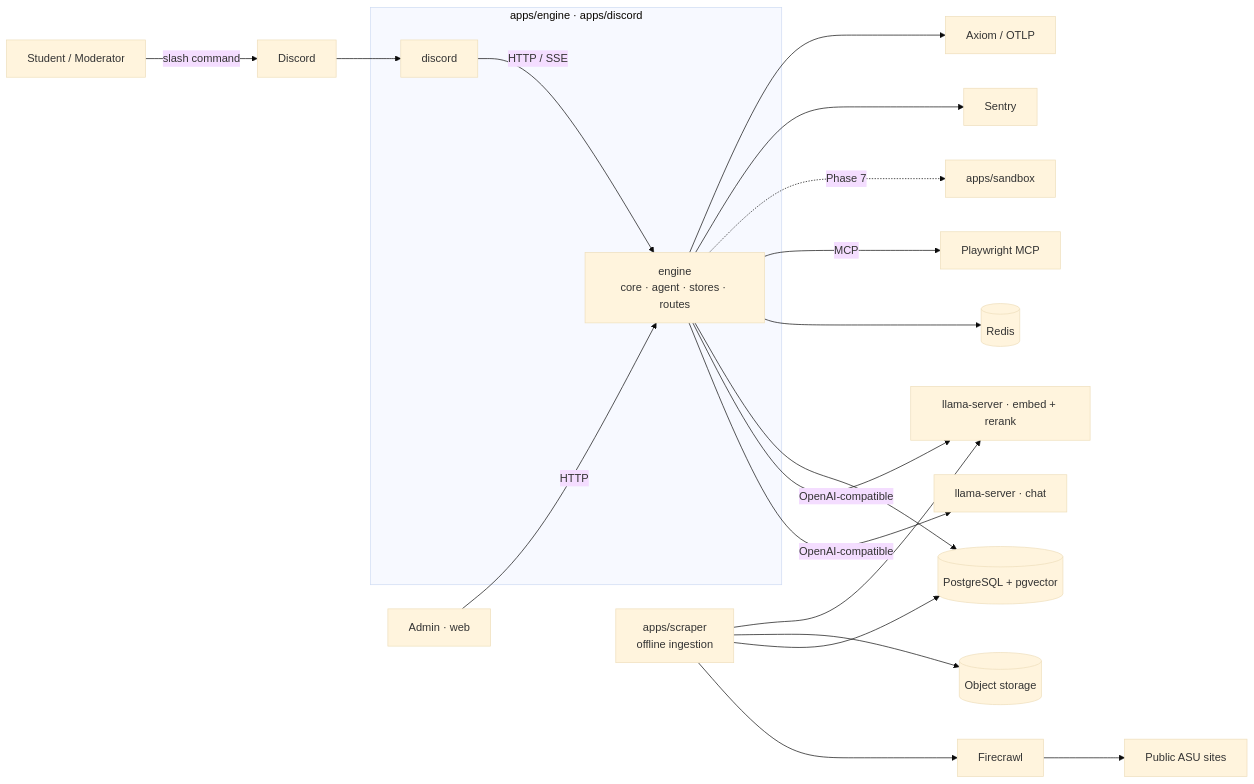
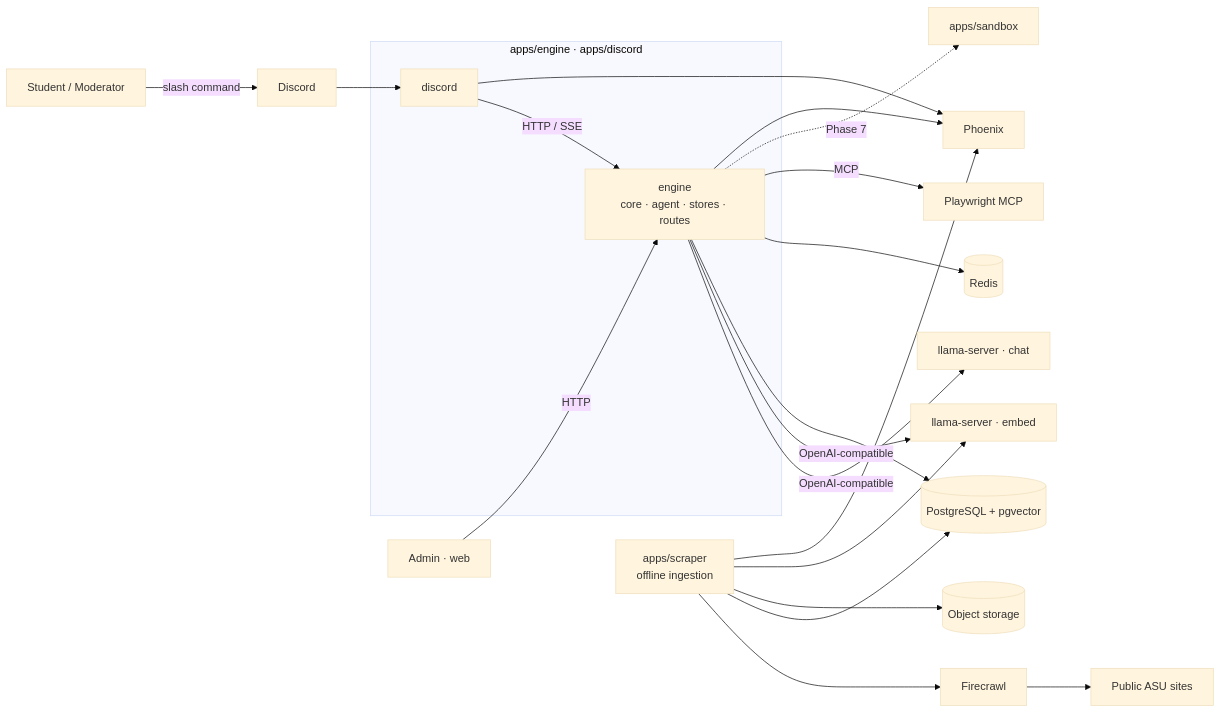
The diagram in docs/ARCHITECTURE.md (ashworks1706/SparkyAI), drawn with Mermaid (base theme) before and after one commit. The commit also changed other lines of this file and 30 other files, not shown here.

````diff
--- a/docs/ARCHITECTURE.md
+++ b/docs/ARCHITECTURE.md
@@ -76,28 +75,29 @@
 ```mermaid
 flowchart LR
     U[Student / Moderator] -->|slash command| D[Discord]
     A[Admin · web] -->|HTTP| APP
 
     subgraph rust [apps/engine · apps/discord]
         BOT[discord]
         APP[engine<br/>core · agent · stores · routes]
     end
     D --> BOT
     BOT -->|HTTP / SSE| APP
 
     APP -->|OpenAI-compatible| OLL[llama-server · chat]
-    APP -->|OpenAI-compatible| EMB[llama-server · embed + rerank]
+    APP -->|OpenAI-compatible| EMB[llama-server · embed]
     APP --> PG[(PostgreSQL + pgvector)]
     APP --> RD[(Redis)]
     APP -->|MCP| MCP[Playwright MCP]
     APP -.->|Phase 7| BW[apps/sandbox]
 
     ING[apps/scraper<br/>offline ingestion] --> FC[Firecrawl]
     FC --> WEB[Public ASU sites]
     ING --> PG
     ING --> S3[(Object storage)]
     ING --> EMB
 
-    APP --> SEN[Sentry]
-    APP --> AX[Axiom / OTLP]
+    APP --> PX[Phoenix]
+    BOT --> PX
+    ING --> PX
 ```
````
